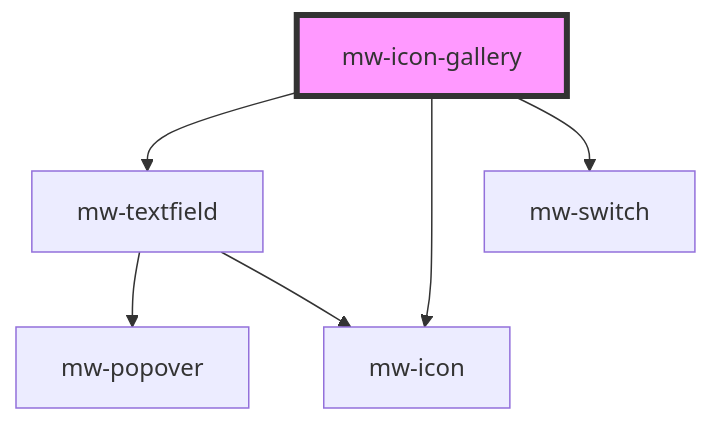
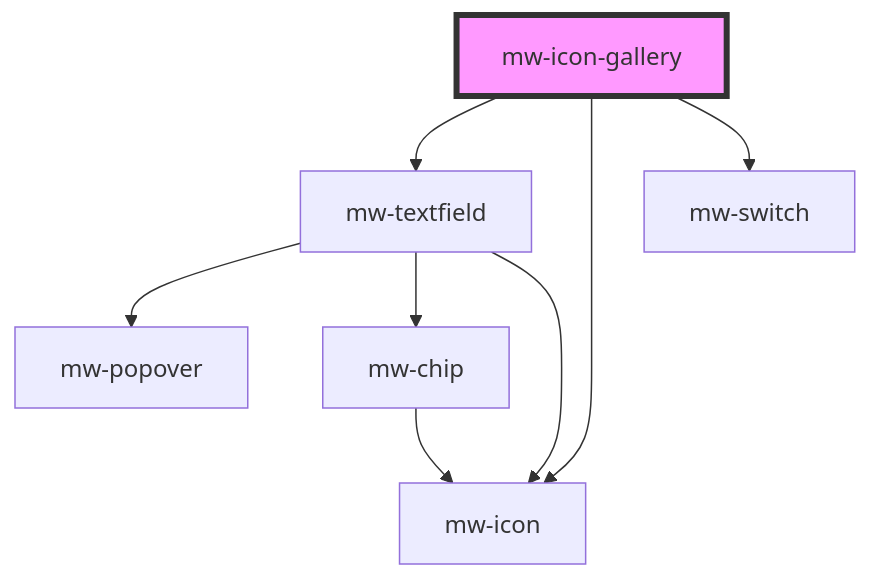
Before and after one commit to MaibornWolff/mwui: the diagram in mwui-stencil/src/components/mw-icon-gallery/readme.md, drawn with Mermaid. The commit also changed 8 other files, not shown here.

````diff
--- a/mwui-stencil/src/components/mw-icon-gallery/readme.md
+++ b/mwui-stencil/src/components/mw-icon-gallery/readme.md
@@ -21,9 +21,11 @@
 ```mermaid
 graph TD;
   mw-icon-gallery --> mw-textfield
   mw-icon-gallery --> mw-icon
   mw-icon-gallery --> mw-switch
   mw-textfield --> mw-popover
+  mw-textfield --> mw-chip
   mw-textfield --> mw-icon
+  mw-chip --> mw-icon
   style mw-icon-gallery fill:#f9f,stroke:#333,stroke-width:4px
 ```
````
